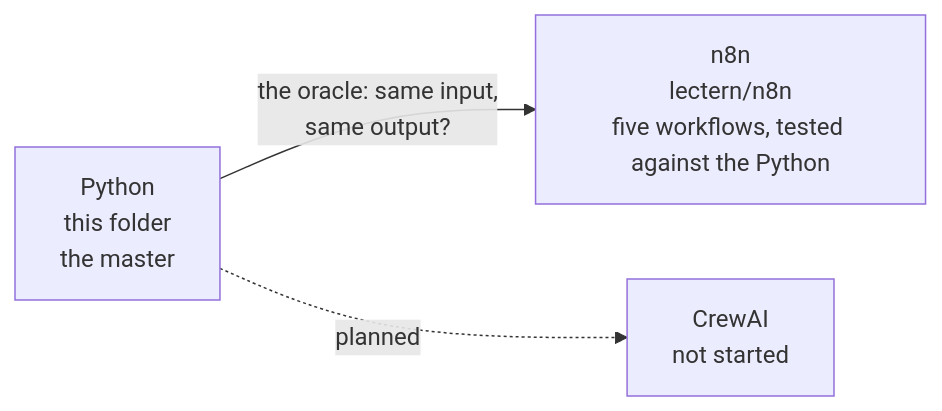
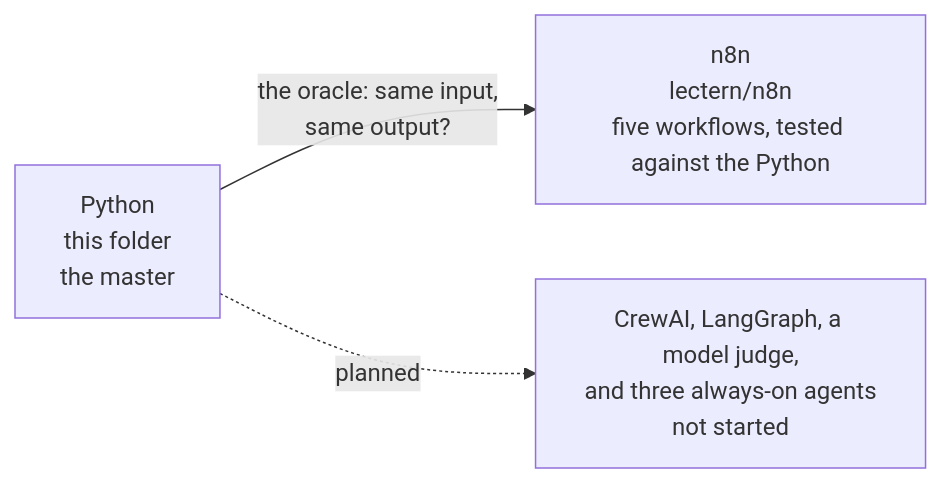
One commit to kalyan-northeastern/info-7375-computational-skepticism-for-ai changed the second of 2 diagrams in fall-2026/nik-bear-brown/lectern/README.md. Above: the diagram before and after it, drawn with Mermaid. The commit also changed other lines of this file and 64 other files, not shown here.

````diff
--- a/fall-2026/nik-bear-brown/lectern/README.md
+++ b/fall-2026/nik-bear-brown/lectern/README.md
@@ -95,5 +99,5 @@
 ```mermaid
 flowchart LR
   P["Python<br/>this folder<br/>the master"] -->|"the oracle: same input,<br/>same output?"| NN["n8n<br/>lectern/n8n<br/>five workflows, tested against the Python"]
-  P -.->|planned| CR["CrewAI<br/>not started"]
+  P -.->|planned| CR["CrewAI, LangGraph, a model judge,<br/>and three always-on agents<br/>not started"]
 ```
````
